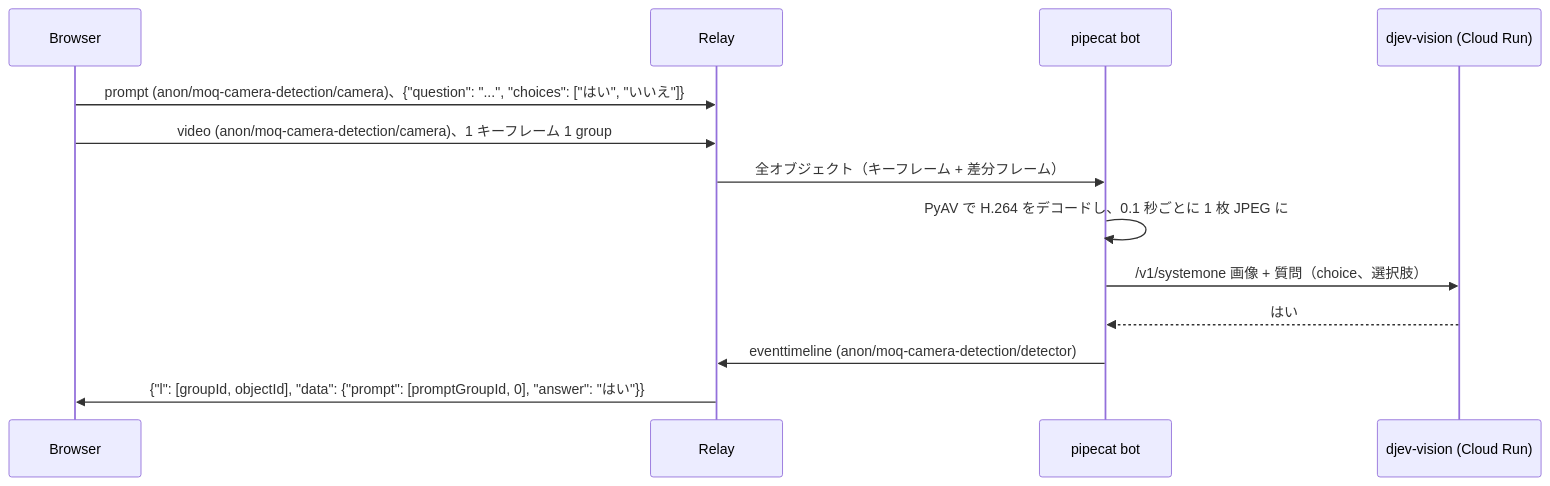
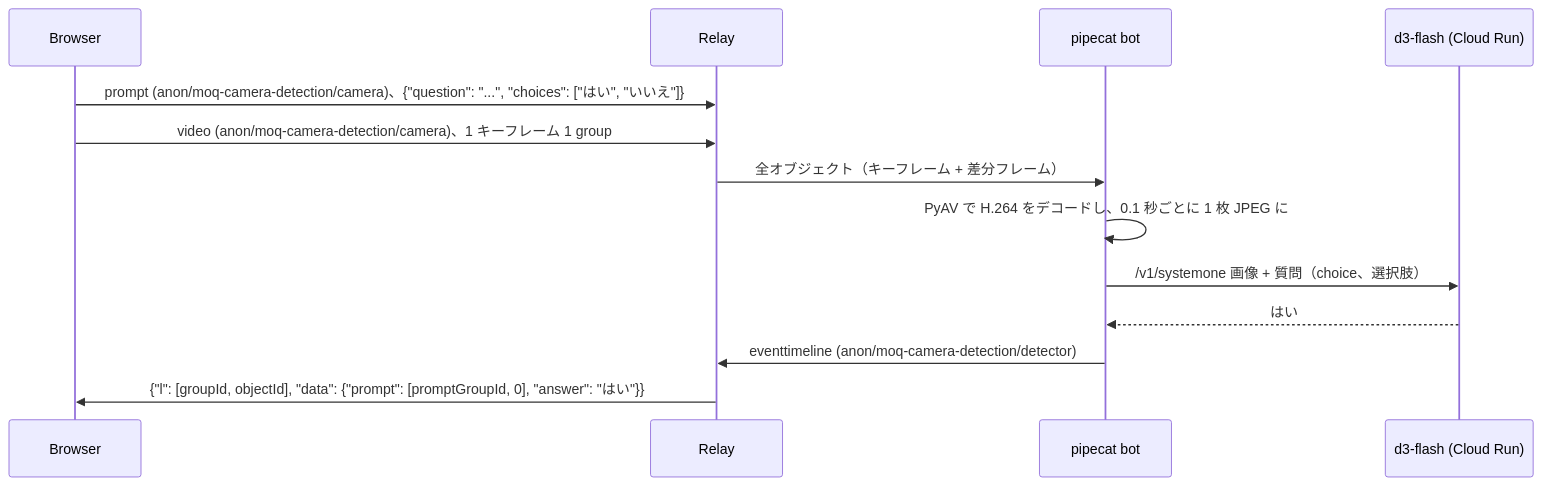
Before and after one commit to nttcom/moq-wasm: the diagram in examples/python/moq-camera-detection/README.md, drawn with Mermaid. The commit also changed other lines of this file and 53 other files, not shown here.

Commit message:
refactor(examples): rename djev to d3-flash in the bots, pages and docs

````diff
--- a/examples/python/moq-camera-detection/README.md
+++ b/examples/python/moq-camera-detection/README.md
@@ -7,15 +7,15 @@
 ```mermaid
 sequenceDiagram
     participant B as Browser
     participant R as Relay
     participant P as pipecat bot
-    participant D as djev-vision (Cloud Run)
+    participant D as d3-flash (Cloud Run)
     B->>R: prompt (anon/moq-camera-detection/camera)、{"question": "...", "choices": ["はい", "いいえ"]}
     B->>R: video (anon/moq-camera-detection/camera)、1 キーフレーム 1 group
     R->>P: 全オブジェクト（キーフレーム + 差分フレーム）
     P->>P: PyAV で H.264 をデコードし、0.1 秒ごとに 1 枚 JPEG に
     P->>D: /v1/systemone 画像 + 質問（choice、選択肢）
     D-->>P: はい
     P->>R: eventtimeline (anon/moq-camera-detection/detector)
     R->>B: {"l": [groupId, objectId], "data": {"prompt": [promptGroupId, 0], "answer": "はい"}}
 ```
````
